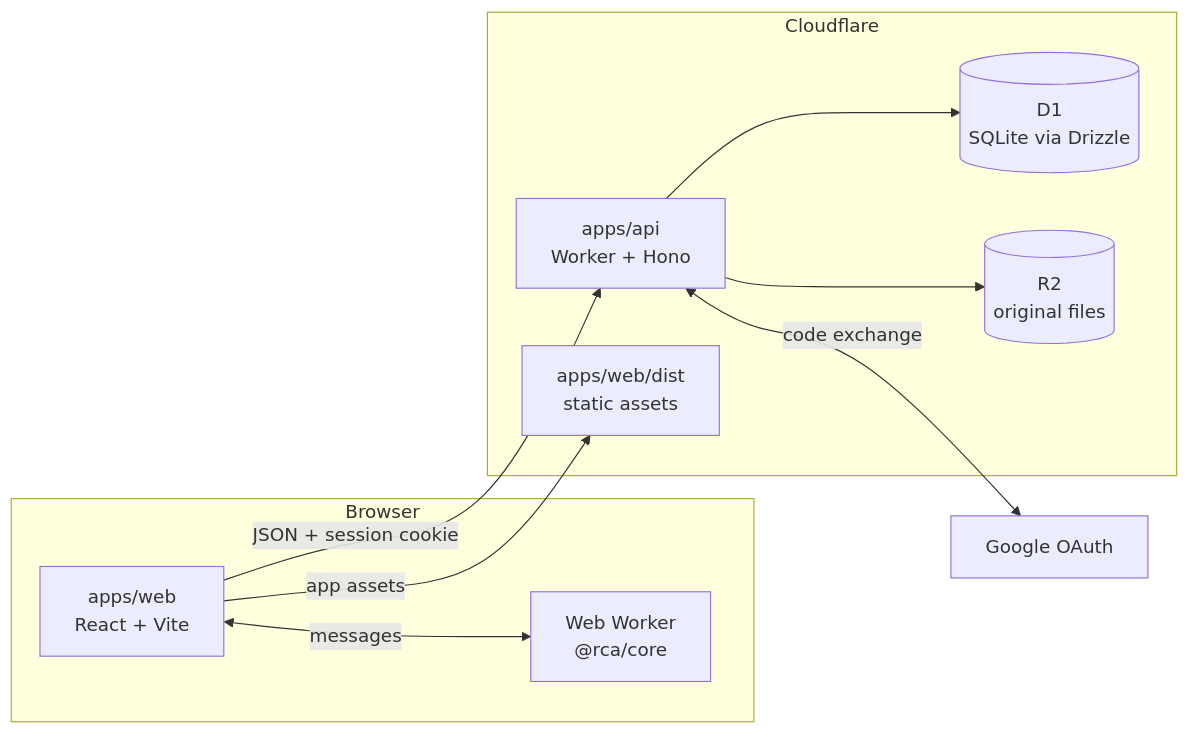
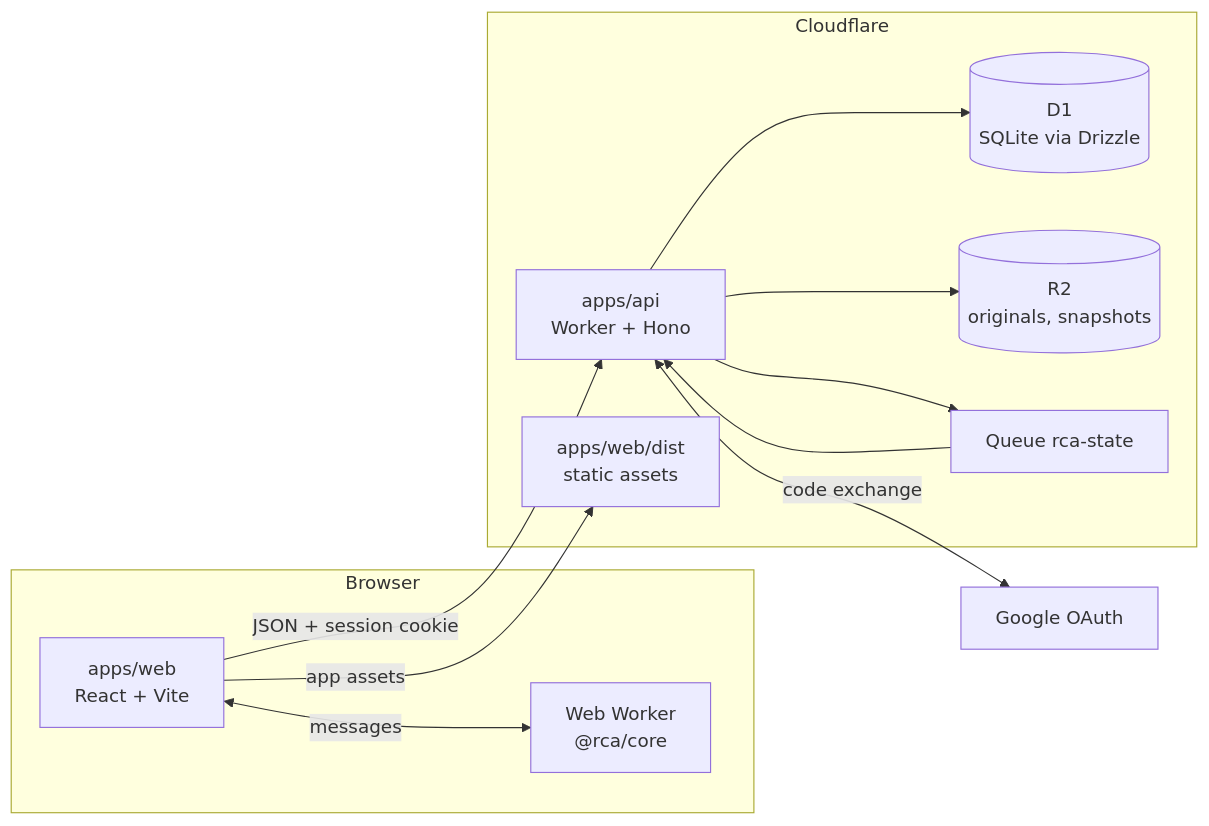
One commit to BryceCapuano2020/RunningCyclingAnalysis changed the diagram in docs/ARCHITECTURE.md. Above: the diagram before and after it, drawn with Mermaid. The commit also changed other lines of this file and 40 other files, not shown here.

First line of the commit message:
M5: ARCHITECTURE.md as a map, edge-case rules moved beside the code (#537)

````diff
--- a/docs/ARCHITECTURE.md
+++ b/docs/ARCHITECTURE.md
@@ -19,19 +13,21 @@
 ```mermaid
 flowchart LR
   subgraph Browser
     UI["apps/web<br/>React + Vite"] <-->|messages| W["Web Worker<br/>@rca/core"]
   end
   subgraph Cloudflare
     Worker["apps/api<br/>Worker + Hono"]
     Assets["apps/web/dist<br/>static assets"]
     D1[("D1<br/>SQLite via Drizzle")]
-    R2[("R2<br/>original files")]
+    R2[("R2<br/>originals, snapshots")]
+    Q["Queue rca-state"]
   end
   Google["Google OAuth"]
 
   UI -->|"app assets"| Assets
   UI -->|"JSON + session cookie"| Worker
   Worker --> D1
   Worker --> R2
+  Worker --> Q --> Worker
   Worker <-->|"code exchange"| Google
 ```
````
